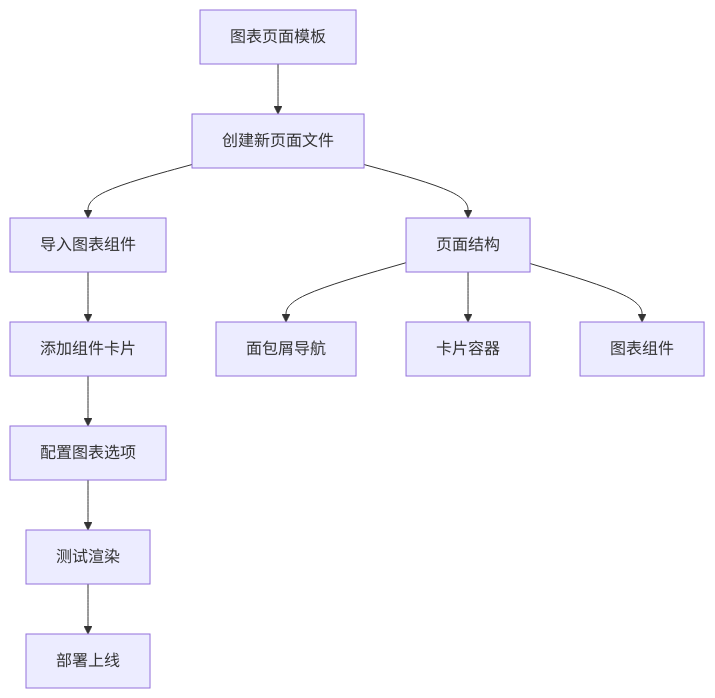
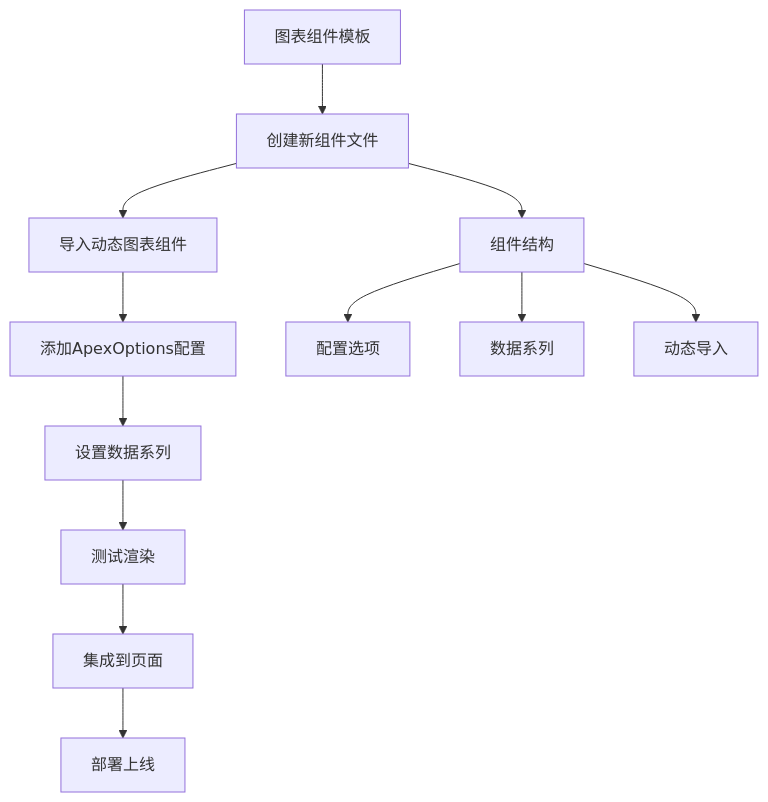
Before and after one commit to HAOFUYANG/nextjs-admin: the ninth of 9 diagrams in .qoder/repowiki/zh/content/页面路由系统/页面类型组织结构/图表页面.md, drawn with Mermaid. The commit also changed other lines of this file and 36 other files, not shown here.

````diff
--- a/.qoder/repowiki/zh/content/页面路由系统/页面类型组织结构/图表页面.md
+++ b/.qoder/repowiki/zh/content/页面路由系统/页面类型组织结构/图表页面.md
@@ -524,13 +527,14 @@
 ```mermaid
 flowchart TD
-Template["图表页面模板"] --> CreatePage["创建新页面文件"]
-CreatePage --> ImportChart["导入图表组件"]
-ImportChart --> AddCard["添加组件卡片"]
-AddCard --> Configure["配置图表选项"]
-Configure --> Test["测试渲染"]
-Test --> Deploy["部署上线"]
-CreatePage --> PageStructure["页面结构"]
-PageStructure --> Breadcrumb["面包屑导航"]
-PageStructure --> CardContainer["卡片容器"]
-PageStructure --> ChartComponent["图表组件"]
+Template["图表组件模板"] --> CreateComponent["创建新组件文件"]
+CreateComponent --> ImportChart["导入动态图表组件"]
+ImportChart --> AddConfig["添加ApexOptions配置"]
+AddConfig --> SetupData["设置数据系列"]
+SetupData --> Test["测试渲染"]
+Test --> Integrate["集成到页面"]
+Integrate --> Deploy["部署上线"]
+CreateComponent --> ComponentStructure["组件结构"]
+ComponentStructure --> OptionsConfig["配置选项"]
+ComponentStructure --> SeriesData["数据系列"]
+ComponentStructure --> DynamicImport["动态导入"]
 ```
````
